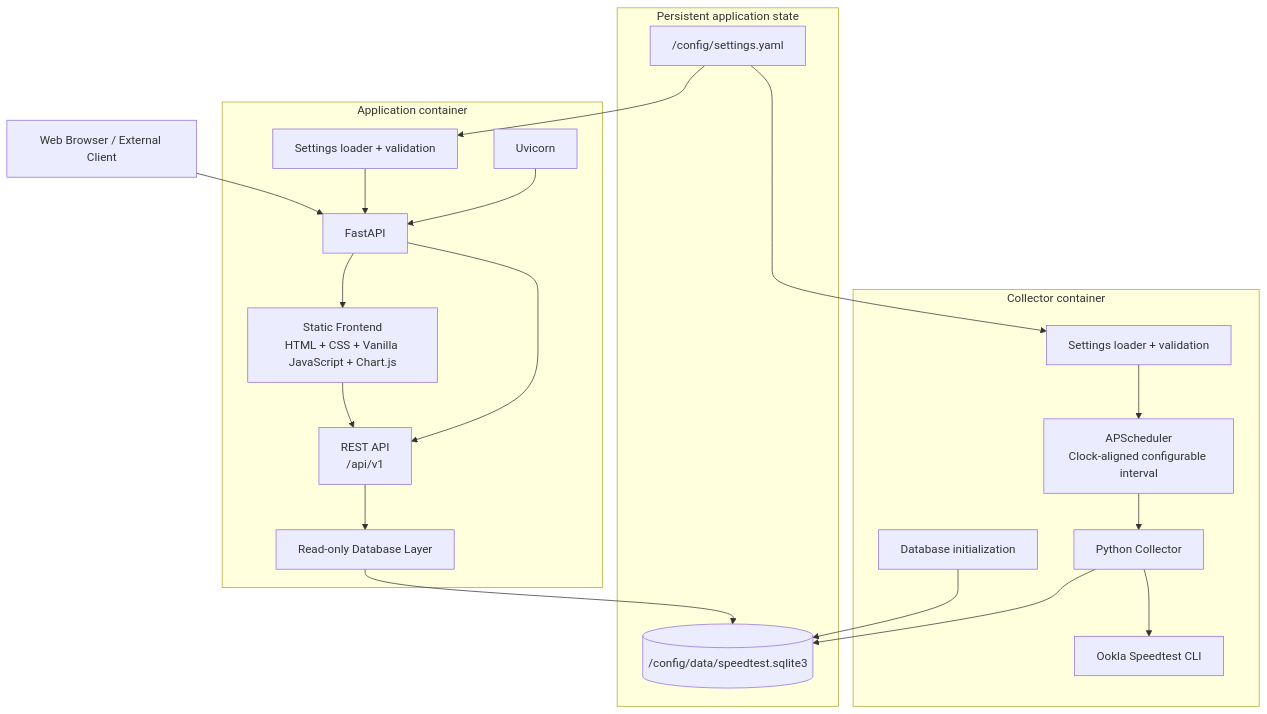
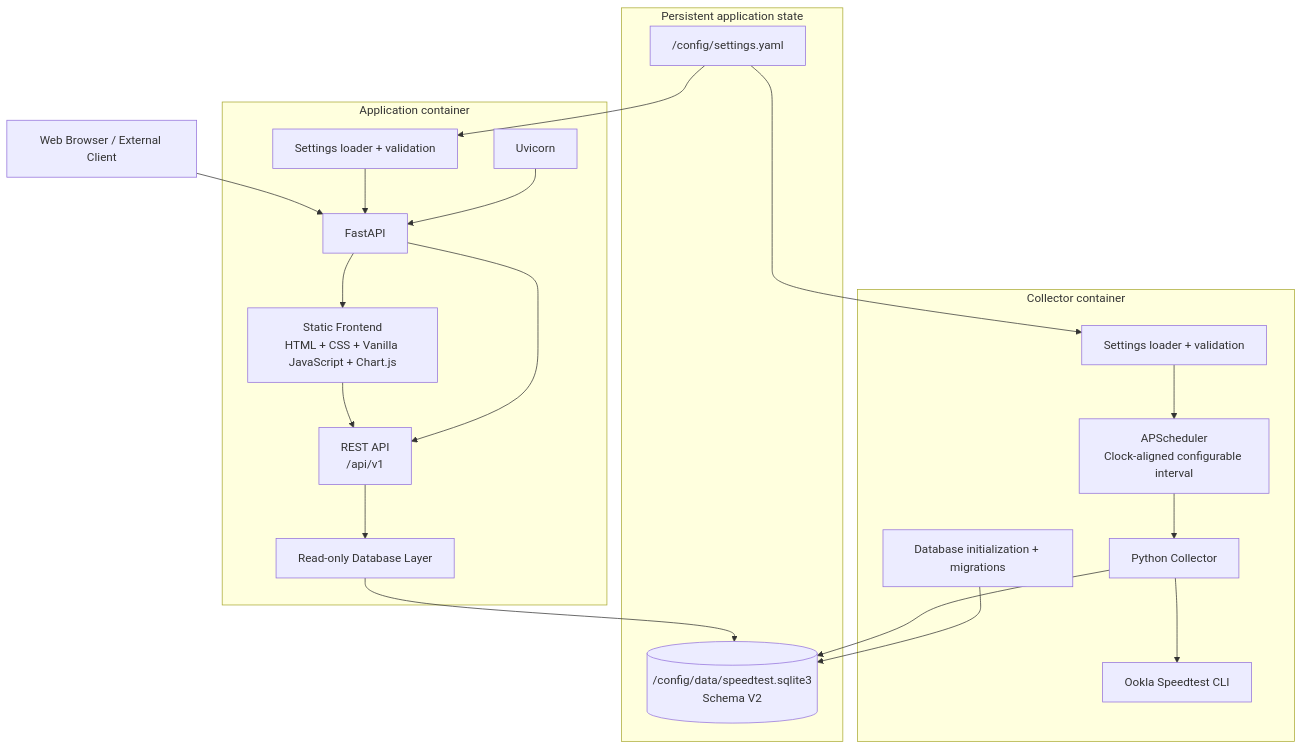
One commit to cristianCanek/speed_test changed the first of 2 diagrams in README.md. Above: the diagram before and after it, drawn with Mermaid. The commit also changed other lines of this file and 2 other files, not shown here.

````diff
--- a/README.md
+++ b/README.md
@@ -110,47 +119,46 @@
 ```mermaid
 flowchart TB
     Browser["Web Browser / External Client"]
 
     subgraph ApplicationContainer["Application container"]
         AppSettings["Settings loader + validation"]
         Uvicorn["Uvicorn"]
         FastAPI["FastAPI"]
         Frontend["Static Frontend<br/>HTML + CSS + Vanilla JavaScript + Chart.js"]
         API["REST API<br/>/api/v1"]
         Database["Read-only Database Layer"]
 
         Uvicorn --> FastAPI
         FastAPI --> Frontend
         FastAPI --> API
         AppSettings --> FastAPI
         Frontend --> API
         API --> Database
     end
 
     subgraph CollectorContainer["Collector container"]
         CollectorSettings["Settings loader + validation"]
         Scheduler["APScheduler<br/>Clock-aligned configurable interval"]
         Collector["Python Collector"]
         Ookla["Ookla Speedtest CLI"]
-        DBInit["Database initialization"]
+        DBInit["Database initialization + migrations"]
 
         CollectorSettings --> Scheduler
         Scheduler --> Collector
         Collector --> Ookla
     end
 
     subgraph PersistentState["Persistent application state"]
         Config["/config/settings.yaml"]
-        SQLite[("/config/data/speedtest.sqlite3")]
+        SQLite[("/config/data/speedtest.sqlite3<br/>Schema V2")]
     end
 
     Browser --> FastAPI
 
     Config --> AppSettings
     Config --> CollectorSettings
 
+    DBInit --> SQLite
+    Collector --> SQLite
     Database --> SQLite
-
-    Collector --> SQLite
-    DBInit --> SQLite
 ```
````
